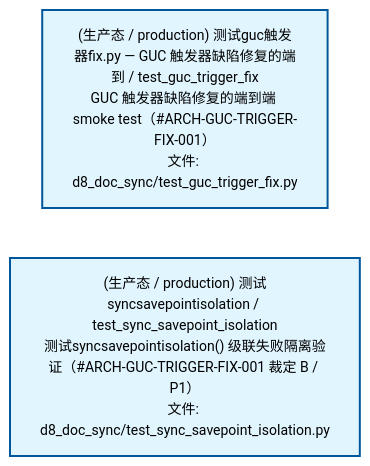
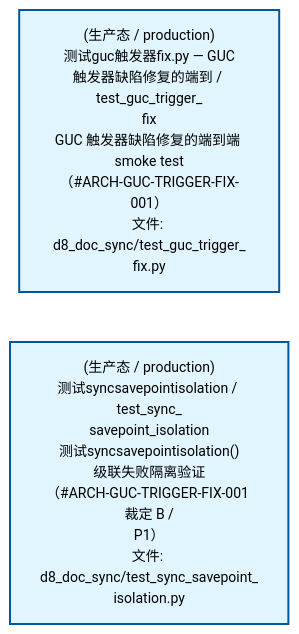
One commit to xuanFelixVan/ZephyrAlpha changed the second of 4 diagrams in docs/02_enterprise_architecture/02_domain_architecture_docs/51_d_gov_docs.md. Above: the diagram before and after it, drawn with Mermaid. The commit also changed other lines of this file and 59 other files, not shown here.

````diff
--- a/docs/02_enterprise_architecture/02_domain_architecture_docs/51_d_gov_docs.md
+++ b/docs/02_enterprise_architecture/02_domain_architecture_docs/51_d_gov_docs.md
@@ -119,12 +119,12 @@
 ```mermaid
 %%{init: {'theme': 'base', 'themeVariables': {'primaryColor': '#eaeaea', 'primaryTextColor': '#333333', 'primaryBorderColor': '#666666', 'lineColor': '#666666', 'secondaryColor': '#eaeaea', 'tertiaryColor': '#eaeaea', 'fontSize': '14px'}}}%%
 flowchart TD
-    tests_governance_d8_doc_sync_test_guc_trigger_fix_py["(生产态 / production) 测试guc触发器fix.py — GUC 触发器缺陷修复的端到 / test_guc_trigger_fix<br/>GUC 触发器缺陷修复的端到端 smoke test（#ARCH-GUC-TRIGGER-FIX-001）<br/>文件: d8_doc_sync/test_guc_trigger_fix.py"]
-    tests_governance_d8_doc_sync_test_sync_savepoint_isolation_py["(生产态 / production) 测试syncsavepointisolation / test_sync_savepoint_isolation<br/>测试syncsavepointisolation() 级联失败隔离验证（#ARCH-GUC-TRIGGER-FIX-001 裁定 B / P1）<br/>文件: d8_doc_sync/test_sync_savepoint_isolation.py"]
+    tests_governance_d8_doc_sync_test_guc_trigger_fix_py["(生产态 / production)<br/>测试guc触发器fix.py — GUC<br/>触发器缺陷修复的端到 / test_guc_trigger_<br/>fix<br/>GUC 触发器缺陷修复的端到端 smoke test<br/>（#ARCH-GUC-TRIGGER-FIX-001）<br/>文件: d8_doc_sync/test_guc_trigger_<br/>fix.py"]
+    tests_governance_d8_doc_sync_test_sync_savepoint_isolation_py["(生产态 / production)<br/>测试syncsavepointisolation / test_sync_<br/>savepoint_isolation<br/>测试syncsavepointisolation()<br/>级联失败隔离验证<br/>（#ARCH-GUC-TRIGGER-FIX-001 裁定 B /<br/>P1）<br/>文件: d8_doc_sync/test_sync_savepoint_<br/>isolation.py"]
     tests_governance_d8_doc_sync_test_guc_trigger_fix_py ~~~ tests_governance_d8_doc_sync_test_sync_savepoint_isolation_py
     classDef production fill:#e1f5fe,stroke:#01579b,stroke-width:2px,color:#000
     classDef design fill:#fff3e0,stroke:#e65100,stroke-width:2px,color:#000,stroke-dasharray: 5 5
     classDef external_prod fill:#e8f4fd,stroke:#0277bd,stroke-width:1px,color:#000
     classDef external_design fill:#fff8e7,stroke:#ef6c00,stroke-width:1px,color:#000,stroke-dasharray: 5 5
     class tests_governance_d8_doc_sync_test_guc_trigger_fix_py,tests_governance_d8_doc_sync_test_sync_savepoint_isolation_py production
 ```
````
